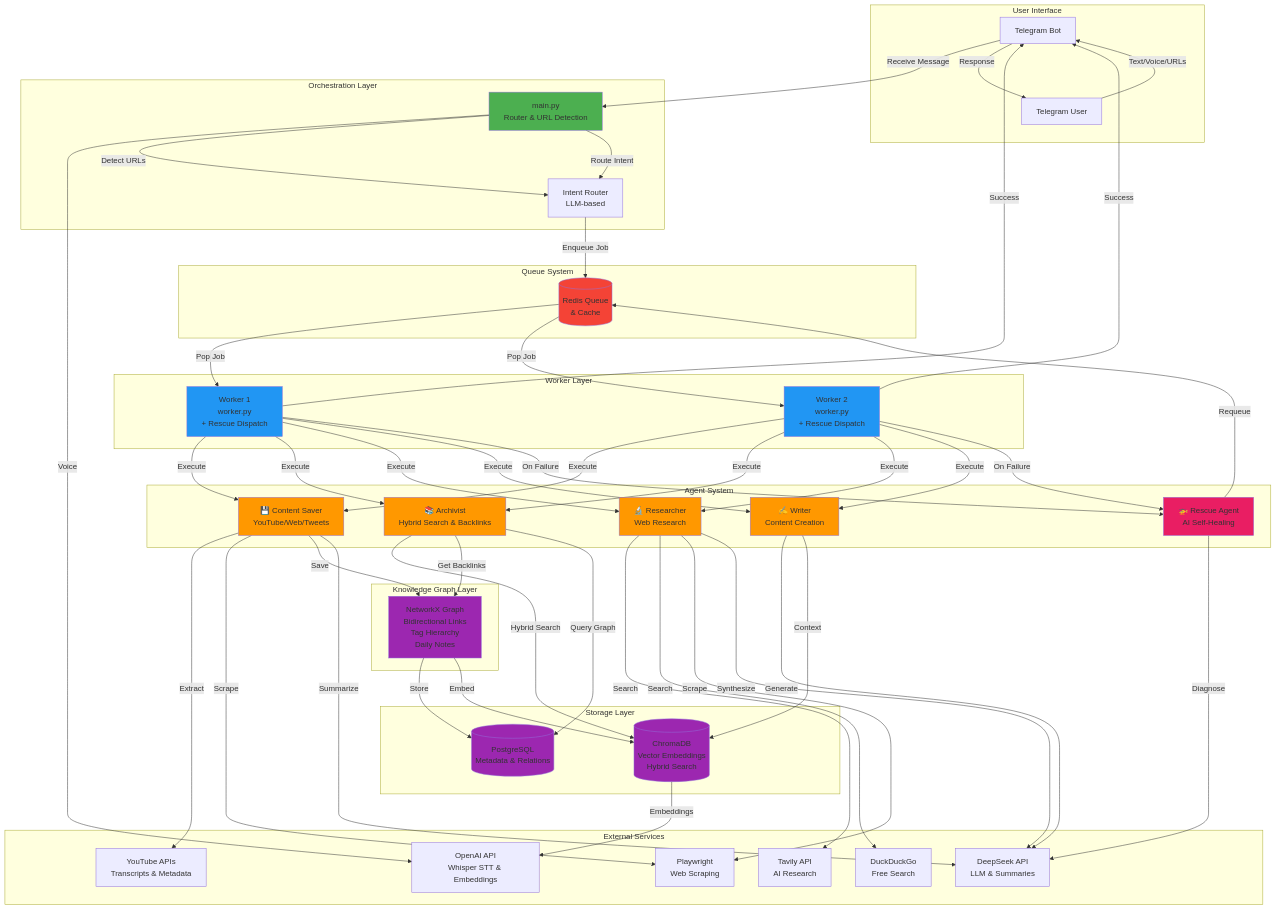
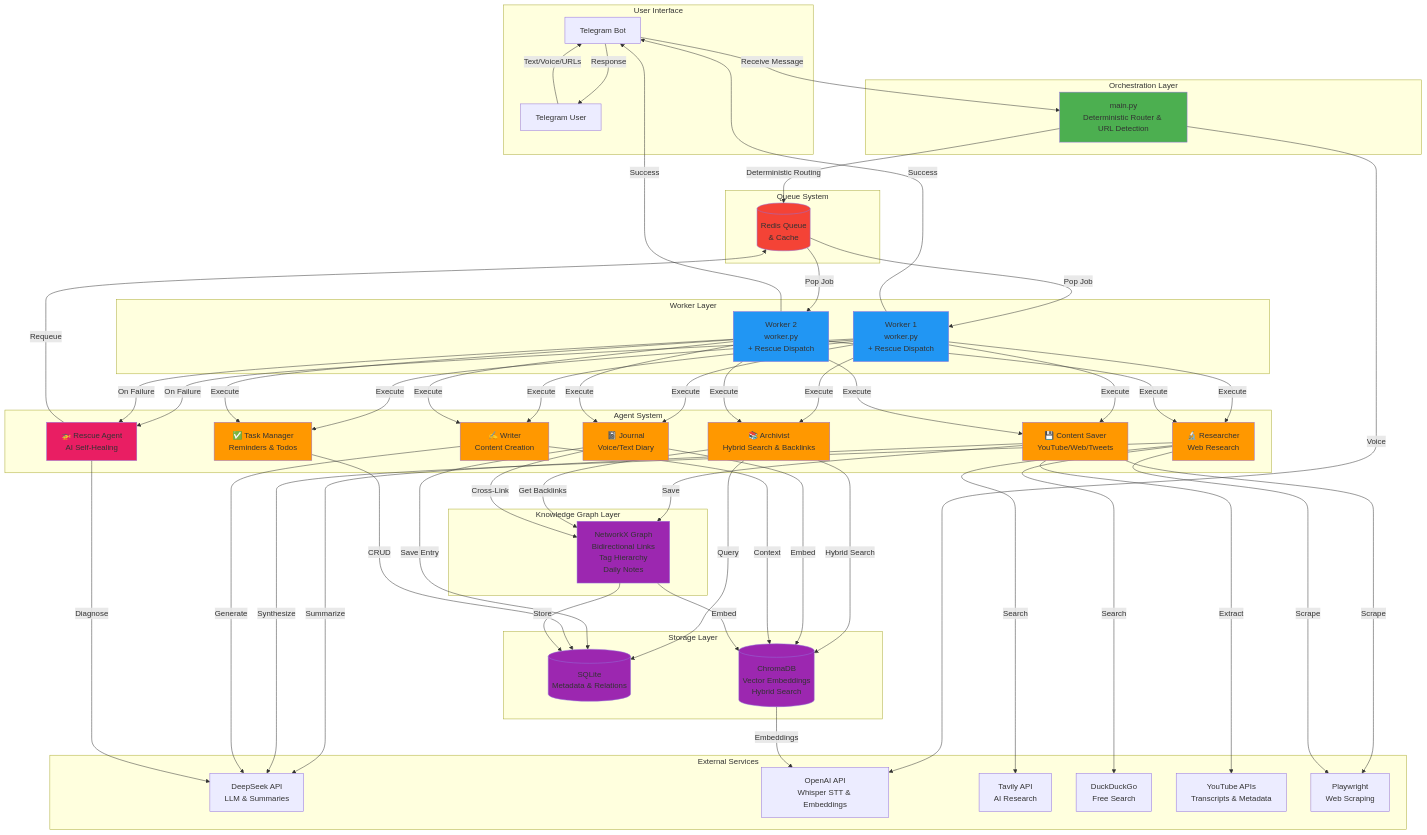
One commit to mkierin/assistant-brain-os changed the first of 4 diagrams in README.md. Above: the diagram before and after it, drawn with Mermaid. The commit also changed other lines of this file and 2 other files, not shown here.

First line of the commit message:
Update docs for v4.0: journal, task manager, deterministic routing

````diff
--- a/README.md
+++ b/README.md
@@ -66,8 +83,7 @@
     end
 
     subgraph "Orchestration Layer"
-        MAIN[main.py<br/>Router & URL Detection]
-        ROUTER[Intent Router<br/>LLM-based]
+        MAIN[main.py<br/>Deterministic Router & URL Detection]
     end
 
     subgraph "Queue System"
@@ -84,6 +100,8 @@
         ARCH[📚 Archivist<br/>Hybrid Search & Backlinks]
         RES[🔬 Researcher<br/>Web Research]
         WRI[✍️ Writer<br/>Content Creation]
+        JRNL[📓 Journal<br/>Voice/Text Diary]
+        TASK[✅ Task Manager<br/>Reminders & Todos]
         RESCUE[🚁 Rescue Agent<br/>AI Self-Healing]
     end
 
@@ -92,7 +110,7 @@
     end
 
     subgraph "Storage Layer"
-        POSTGRES[(PostgreSQL<br/>Metadata & Relations)]
+        SQLITE[(SQLite<br/>Metadata & Relations)]
         CHROMA[(ChromaDB<br/>Vector Embeddings<br/>Hybrid Search)]
     end
 
@@ -108,9 +126,7 @@
     TGU -->|Text/Voice/URLs| TG
     TG -->|Receive Message| MAIN
     MAIN -->|Voice| OPENAI
-    MAIN -->|Detect URLs| ROUTER
-    MAIN -->|Route Intent| ROUTER
-    ROUTER -->|Enqueue Job| REDIS
+    MAIN -->|Deterministic Routing| REDIS
 
     REDIS -->|Pop Job| W1
     REDIS -->|Pop Job| W2
@@ -119,12 +135,16 @@
     W1 -->|Execute| ARCH
     W1 -->|Execute| RES
     W1 -->|Execute| WRI
+    W1 -->|Execute| JRNL
+    W1 -->|Execute| TASK
     W1 -->|On Failure| RESCUE
 
     W2 -->|Execute| CSAVER
     W2 -->|Execute| ARCH
     W2 -->|Execute| RES
     W2 -->|Execute| WRI
+    W2 -->|Execute| JRNL
+    W2 -->|Execute| TASK
     W2 -->|On Failure| RESCUE
 
     CSAVER -->|Extract| YT
@@ -134,7 +154,13 @@
 
     ARCH -->|Hybrid Search| CHROMA
     ARCH -->|Get Backlinks| KG
-    ARCH -->|Query Graph| POSTGRES
+    ARCH -->|Query| SQLITE
+
+    JRNL -->|Save Entry| SQLITE
+    JRNL -->|Embed| CHROMA
+    JRNL -->|Cross-Link| KG
+
+    TASK -->|CRUD| SQLITE
 
     RES -->|Search| TAVILY
     RES -->|Search| DDG
@@ -147,7 +173,7 @@
     RESCUE -->|Diagnose| DEEPSEEK
     RESCUE -->|Requeue| REDIS
 
-    KG -->|Store| POSTGRES
+    KG -->|Store| SQLITE
     KG -->|Embed| CHROMA
 
     CHROMA -->|Embeddings| OPENAI
@@ -163,9 +189,11 @@
     style ARCH fill:#FF9800
     style RES fill:#FF9800
     style WRI fill:#FF9800
+    style JRNL fill:#FF9800
+    style TASK fill:#FF9800
     style RESCUE fill:#E91E63
     style KG fill:#9C27B0
     style REDIS fill:#F44336
-    style POSTGRES fill:#9C27B0
+    style SQLITE fill:#9C27B0
     style CHROMA fill:#9C27B0
 ```
````
